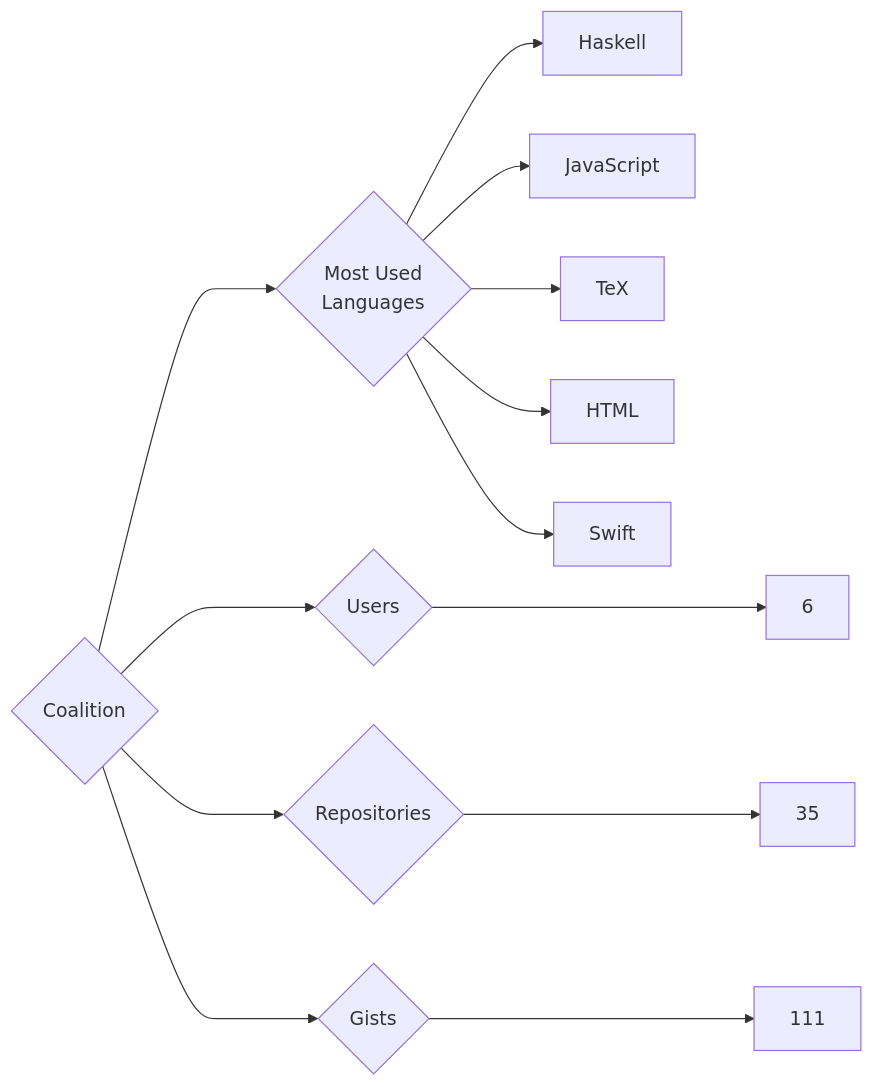
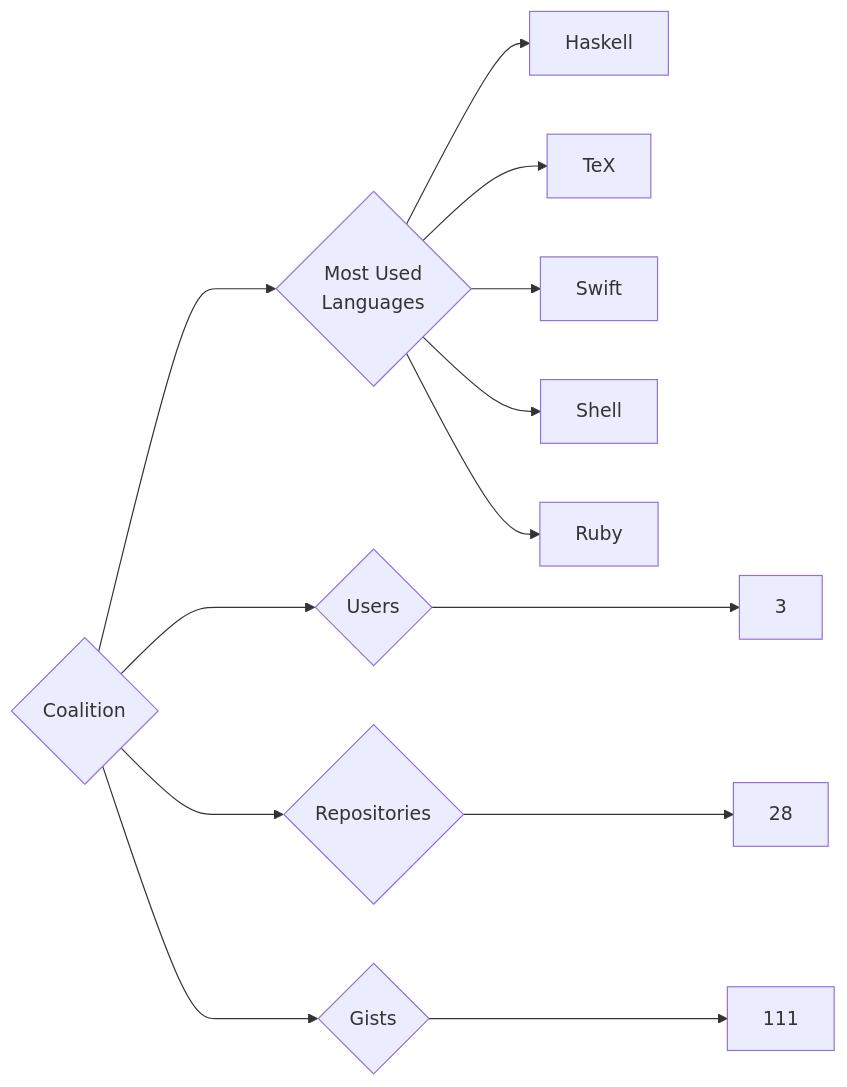
Before and after one commit to trickest/insiders: the diagram in targets/Coalition/README.md, drawn with Mermaid. The commit also changed 938 other files, not shown here.

````diff
--- a/targets/Coalition/README.md
+++ b/targets/Coalition/README.md
@@ -3,13 +3,13 @@
 ```mermaid
 graph LR
 COMPANY_NAME{Coalition}
-COMPANY_NAME ---> U{Users} ---> UN[6]
-COMPANY_NAME ---> R{Repositories} ---> RN[35]
+COMPANY_NAME ---> U{Users} ---> UN[3]
+COMPANY_NAME ---> R{Repositories} ---> RN[28]
 COMPANY_NAME ---> G{Gists} ---> GN[111]
 COMPANY_NAME ---> ML{Most Used<br>Languages}
 ML --> Haskell[Haskell]
-ML --> JavaScript[JavaScript]
 ML --> TeX[TeX]
-ML --> HTML[HTML]
 ML --> Swift[Swift]
+ML --> Shell[Shell]
+ML --> Ruby[Ruby]
 ```
````
